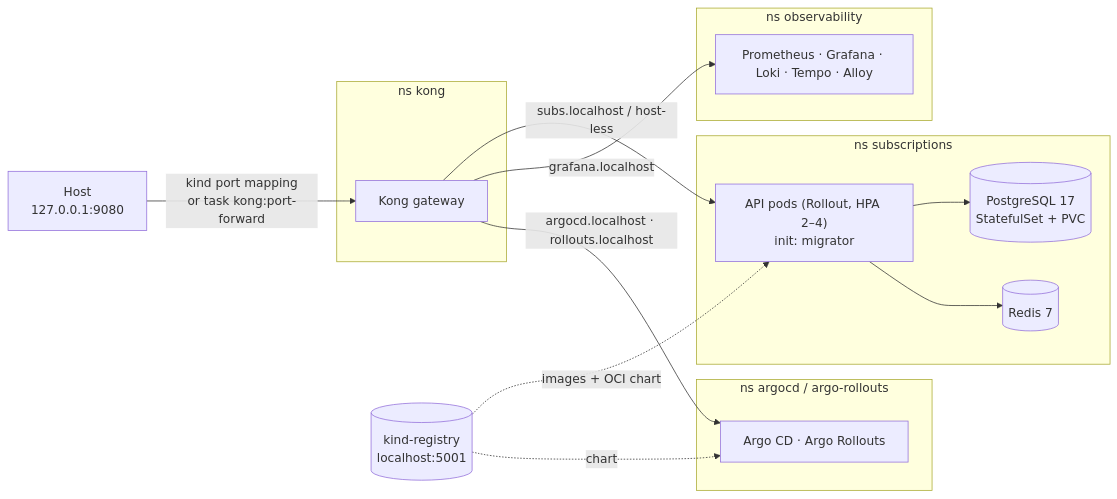
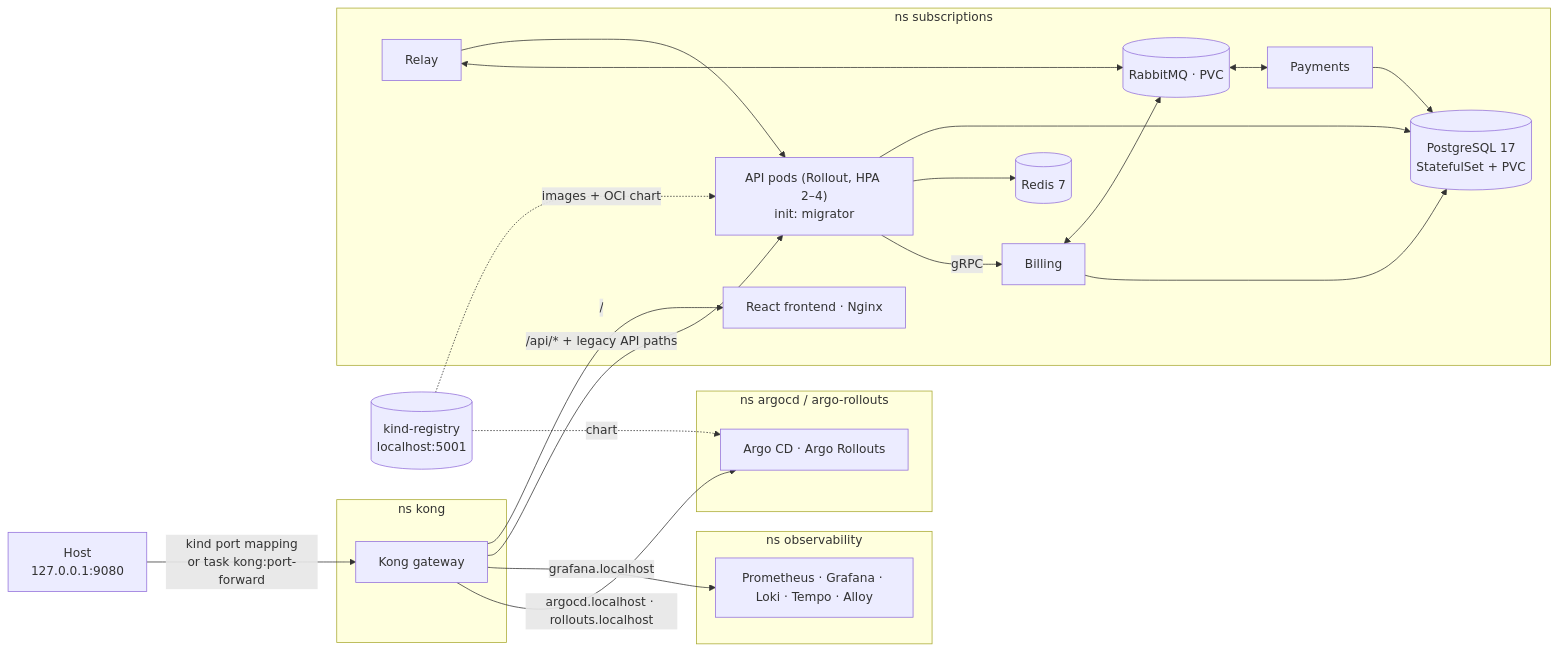
One commit to ta3n/VerticalSliceSubsDotNetAOT changed the fourth of 6 diagrams in README.md. Above: the diagram before and after it, drawn with Mermaid. The commit also changed other lines of this file and 57 other files, not shown here.

Commit message:
feat: add React frontend with initial components and configuration

````diff
--- a/README.md
+++ b/README.md
@@ -563,22 +592,30 @@
 ```mermaid
 flowchart LR
   U["Host<br/>127.0.0.1:9080"] -- "kind port mapping<br/>or task kong:port-forward" --> KG
   subgraph kong [ns kong]
     KG[Kong gateway]
   end
   subgraph subscriptions [ns subscriptions]
+    FE["React frontend · Nginx"]
     API["API pods (Rollout, HPA 2–4)<br/>init: migrator"] --> PG[("PostgreSQL 17<br/>StatefulSet + PVC")]
     API --> RD[(Redis 7)]
+    API -- gRPC --> B[Billing]
+    R[Relay] --> API
+    R <--> MQ[(RabbitMQ · PVC)]
+    B <--> MQ
+    MQ <--> P[Payments]
+    B & P --> PG
   end
   subgraph observability [ns observability]
     MON["Prometheus · Grafana · Loki · Tempo · Alloy"]
   end
   subgraph argo [ns argocd / argo-rollouts]
     AR["Argo CD · Argo Rollouts"]
   end
-  KG -- "subs.localhost / host-less" --> API
+  KG -- "/" --> FE
+  KG -- "/api/* + legacy API paths" --> API
   KG -- "grafana.localhost" --> MON
   KG -- "argocd.localhost · rollouts.localhost" --> AR
   REG[("kind-registry<br/>localhost:5001")] -. "images + OCI chart" .-> API
   REG -. "chart" .-> AR
 ```
````
